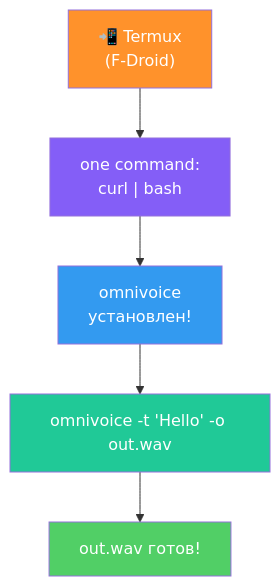
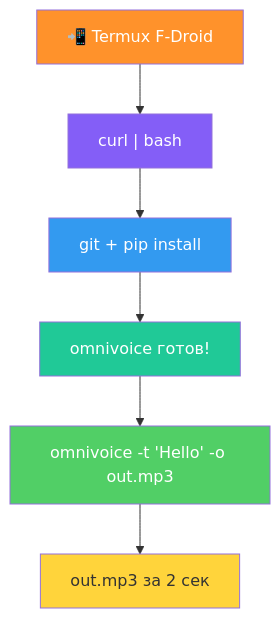
The second of 2 diagrams in README.md (kevinriverrrr-sudo/OmniVoice-Mobile), drawn with Mermaid before and after one commit. The commit also changed other lines of this file, not shown here.

First line of the commit message:
docs: Update README for v2.0 Edge TTS architecture

````diff
--- a/README.md
+++ b/README.md
@@ -266,13 +98,15 @@
 ```mermaid
 graph TD
-    A["📲 Termux<br/>(F-Droid)"] --> B["one command:<br/>curl | bash"]
-    B --> C["omnivoice<br/>установлен!"]
-    C --> D["omnivoice -t 'Hello' -o out.wav"]
-    D --> E["out.wav готов!"]
+    A["📲 Termux F-Droid"] --> B["curl | bash"]
+    B --> C["git + pip install"]
+    C --> D["omnivoice готов!"]
+    D --> E["omnivoice -t 'Hello' -o out.mp3"]
+    E --> F["out.mp3 за 2 сек"]
     
     style A fill:#ff922b,color:#fff
     style B fill:#845ef7,color:#fff
     style C fill:#339af0,color:#fff
     style D fill:#20c997,color:#fff
     style E fill:#51cf66,color:#fff
+    style F fill:#ffd43b,color:#333
 ```
````
